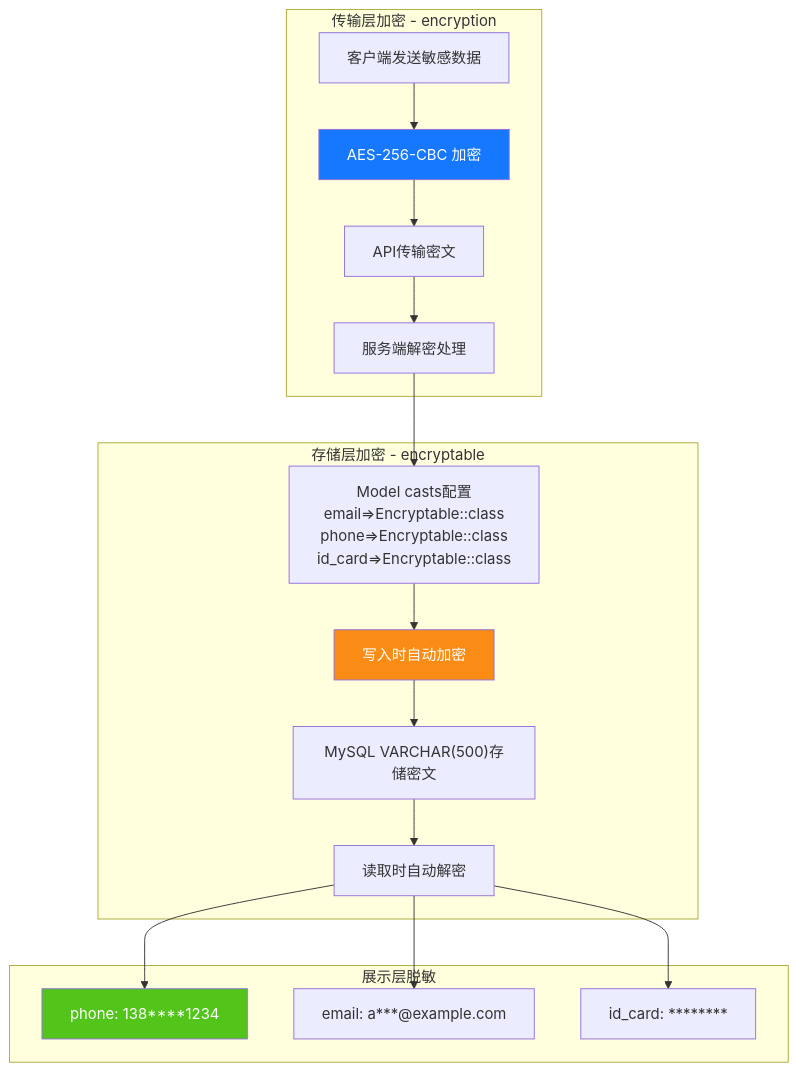
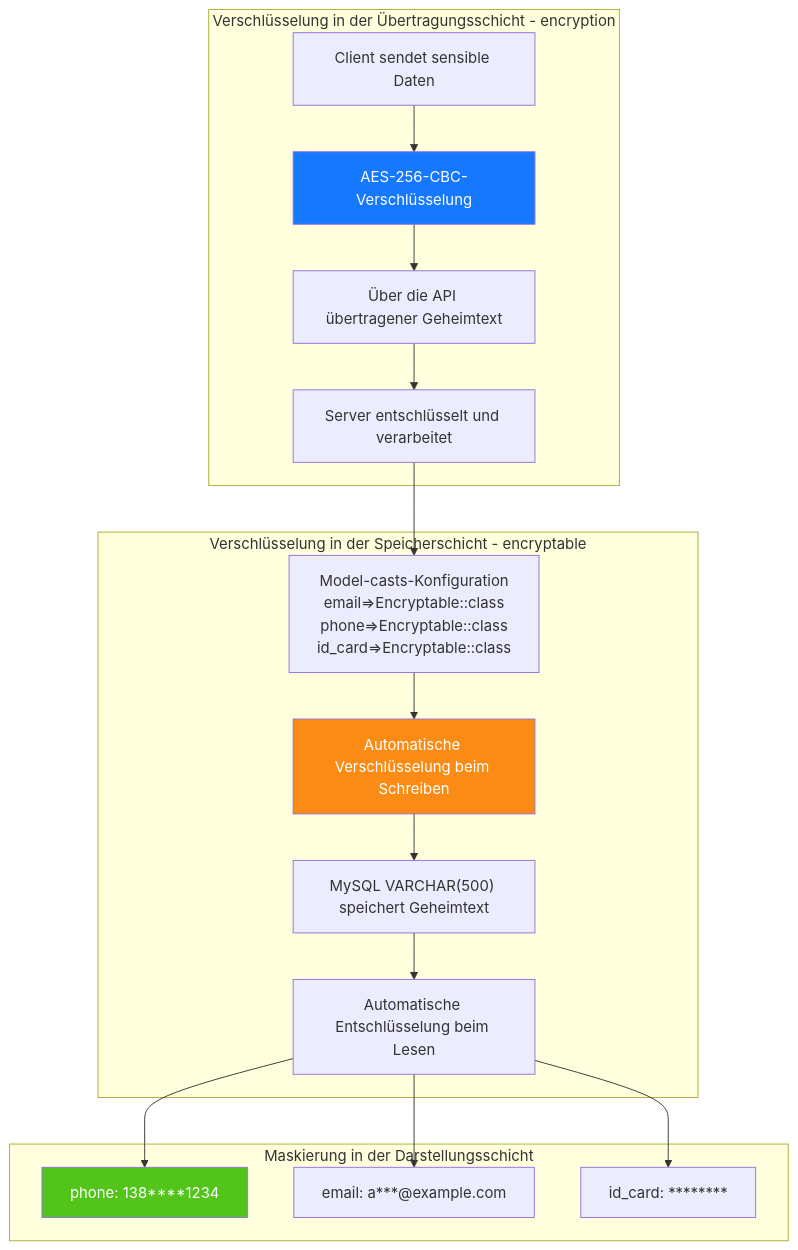
The diagram in admin/docs/diagrams/07-encryption-layers.de.md (erikwang2013/game-platform-php), drawn with Mermaid before and after one commit. The commit also changed 211 other files, not shown here.

First line of the commit message:
fix: 支付配置读回类型根治、提现事件对账巡检，12 语族 mermaid 与 API 标签本地化

````diff
--- a/admin/docs/diagrams/07-encryption-layers.de.md
+++ b/admin/docs/diagrams/07-encryption-layers.de.md
@@ -7,31 +7,31 @@
 ```mermaid
 flowchart TB
-    subgraph transport["传输层加密 - encryption"]
-        e1["客户端发送敏感数据"]
-        e2["AES-256-CBC 加密"]
-        e3["API传输密文"]
-        e4["服务端解密处理"]
+    subgraph transport["Verschlüsselung in der Übertragungsschicht - encryption"]
+        e1["Client sendet sensible Daten"]
+        e2["AES-256-CBC-Verschlüsselung"]
+        e3["Über die API übertragener Geheimtext"]
+        e4["Server entschlüsselt und verarbeitet"]
         e1 --> e2 --> e3 --> e4
     end
 
-    subgraph storage["存储层加密 - encryptable"]
-        d1["Model casts配置<br/>email=>Encryptable::class<br/>phone=>Encryptable::class<br/>id_card=>Encryptable::class"]
-        d2["写入时自动加密"]
-        d3["MySQL VARCHAR(500)存储密文"]
-        d4["读取时自动解密"]
+    subgraph storage["Verschlüsselung in der Speicherschicht - encryptable"]
+        d1["Model-casts-Konfiguration<br/>email=>Encryptable::class<br/>phone=>Encryptable::class<br/>id_card=>Encryptable::class"]
+        d2["Automatische Verschlüsselung beim Schreiben"]
+        d3["MySQL VARCHAR(500) speichert Geheimtext"]
+        d4["Automatische Entschlüsselung beim Lesen"]
         d1 --> d2 --> d3 --> d4
     end
 
-    subgraph mask["展示层脱敏"]
+    subgraph mask["Maskierung in der Darstellungsschicht"]
         m1["phone: 138****1234"]
         m2["email: a***@example.com"]
         m3["id_card: ********"]
         d4 --> m1 & m2 & m3
     end
 
     e4 --> d1
 
     style e2 fill:#1677FF,color:#fff
     style d2 fill:#FA8C16,color:#fff
     style m1 fill:#52C41A,color:#fff
 ```
````
